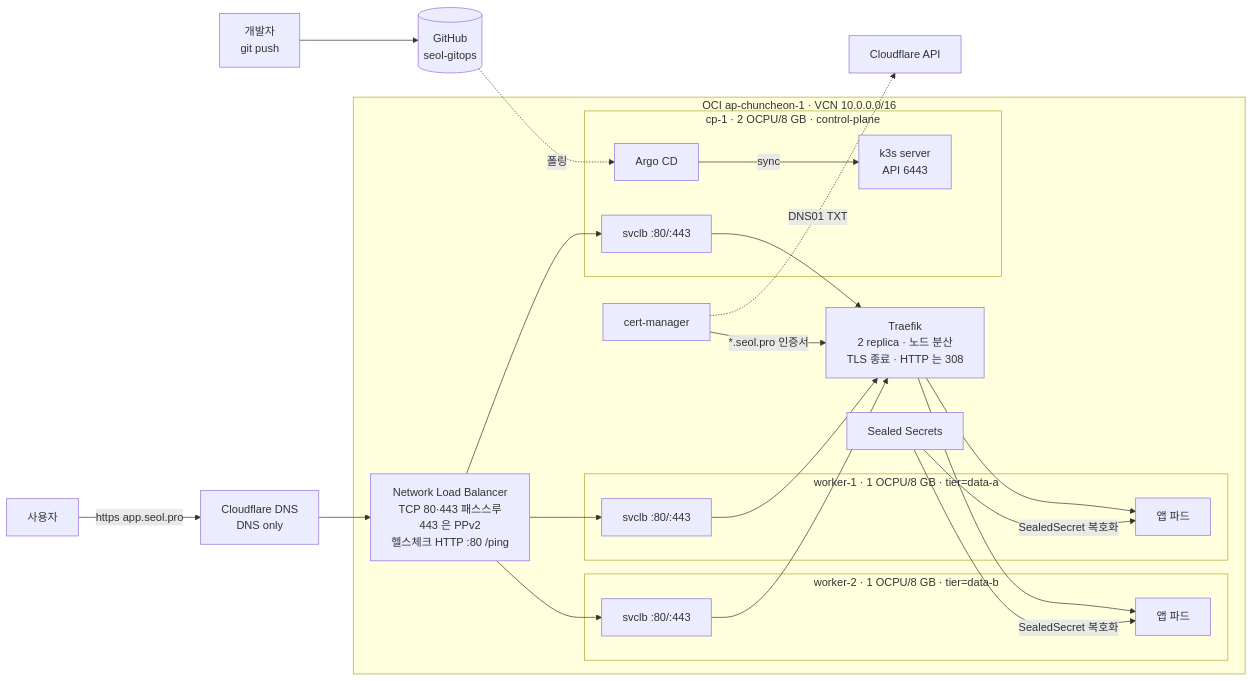
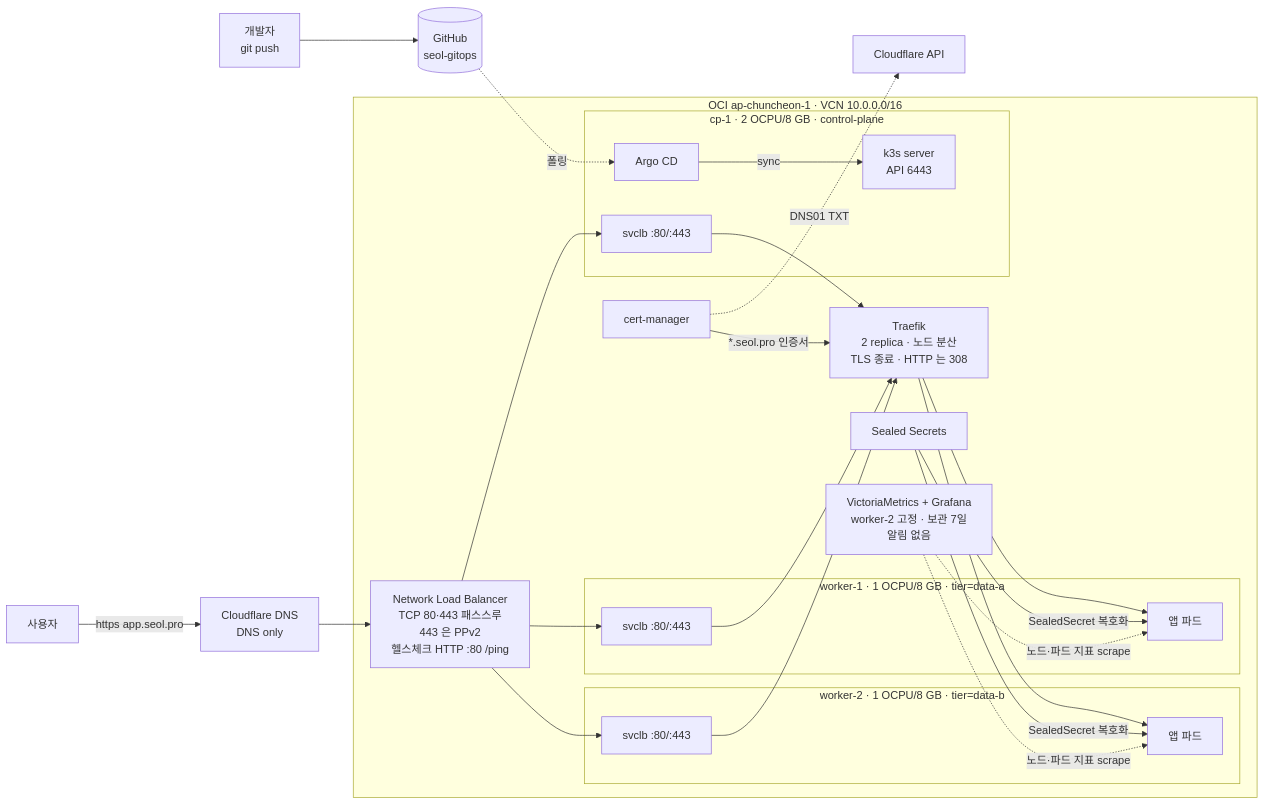
The diagram in README.md (Seol-JY/seol-gitops), drawn with Mermaid before and after one commit. The commit also changed other lines of this file and 2 other files, not shown here.

````diff
--- a/README.md
+++ b/README.md
@@ -7,33 +7,35 @@
 ```mermaid
 flowchart LR
   dev[개발자<br/>git push] --> gh[(GitHub<br/>seol-gitops)]
   gh -.폴링.-> argocd
 
   subgraph oci[OCI ap-chuncheon-1 · VCN 10.0.0.0/16]
     nlb[Network Load Balancer<br/>TCP 80·443 패스스루<br/>443 은 PPv2<br/>헬스체크 HTTP :80 /ping]
     subgraph cp[cp-1 · 2 OCPU/8 GB · control-plane]
       api[k3s server<br/>API 6443]
       argocd[Argo CD]
       svclb1[svclb :80/:443]
     end
     subgraph w1[worker-1 · 1 OCPU/8 GB · tier=data-a]
       svclb2[svclb :80/:443]
       apps1[앱 파드]
     end
     subgraph w2[worker-2 · 1 OCPU/8 GB · tier=data-b]
       svclb3[svclb :80/:443]
       apps2[앱 파드]
     end
     traefik[Traefik<br/>2 replica · 노드 분산<br/>TLS 종료 · HTTP 는 308]
     cm[cert-manager]
     ss[Sealed Secrets]
+    vm[VictoriaMetrics + Grafana<br/>worker-2 고정 · 보관 7일<br/>알림 없음]
   end
 
   argocd -->|sync| api
   user[사용자] -->|https app.seol.pro| cf[Cloudflare DNS<br/>DNS only]
   cf --> nlb
   nlb --> svclb1 & svclb2 & svclb3 --> traefik --> apps1 & apps2
   cm -.DNS01 TXT.-> cfapi[Cloudflare API]
   cm -->|*.seol.pro 인증서| traefik
   ss -->|SealedSecret 복호화| apps1 & apps2
+  vm -. 노드·파드 지표 scrape .-> apps1 & apps2
 ```
````
